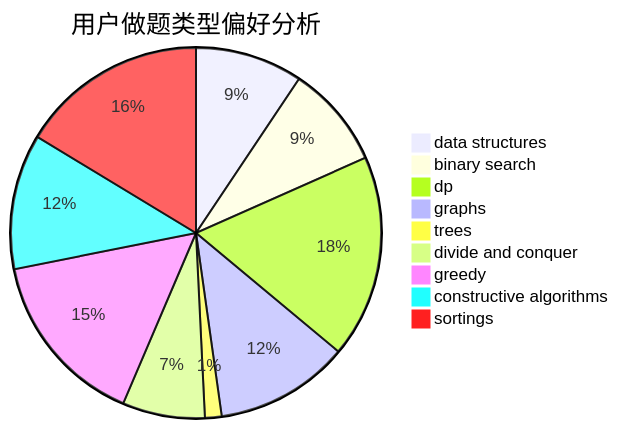
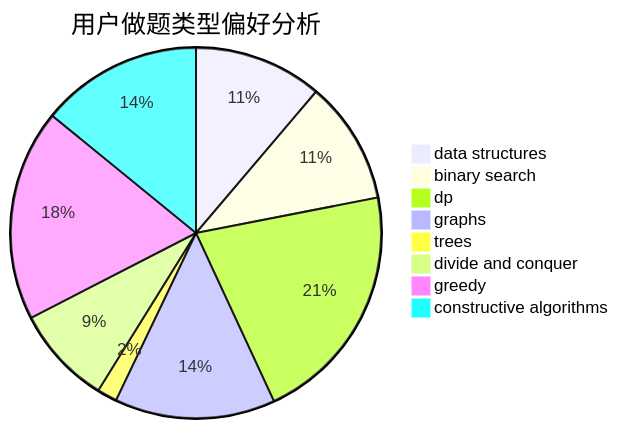
The second of 3 diagrams in docs/user/u2145.md (sherpahu/cfrs.github.io), drawn with Mermaid before and after one commit. The commit also changed other lines of this file and 2769 other files, not shown here.

````diff
--- a/docs/user/u2145.md
+++ b/docs/user/u2145.md
@@ -18,12 +18,11 @@
 ```mermaid
 pie title 用户做题类型偏好分析
     "data structures" :  116
     "binary search" :  111
     "dp" :  219
     "graphs" :  145
     "trees" :  18
     "divide and conquer" :  89
     "greedy" :  191
     "constructive algorithms" :  146
-    "sortings" :  202
 ```
````
